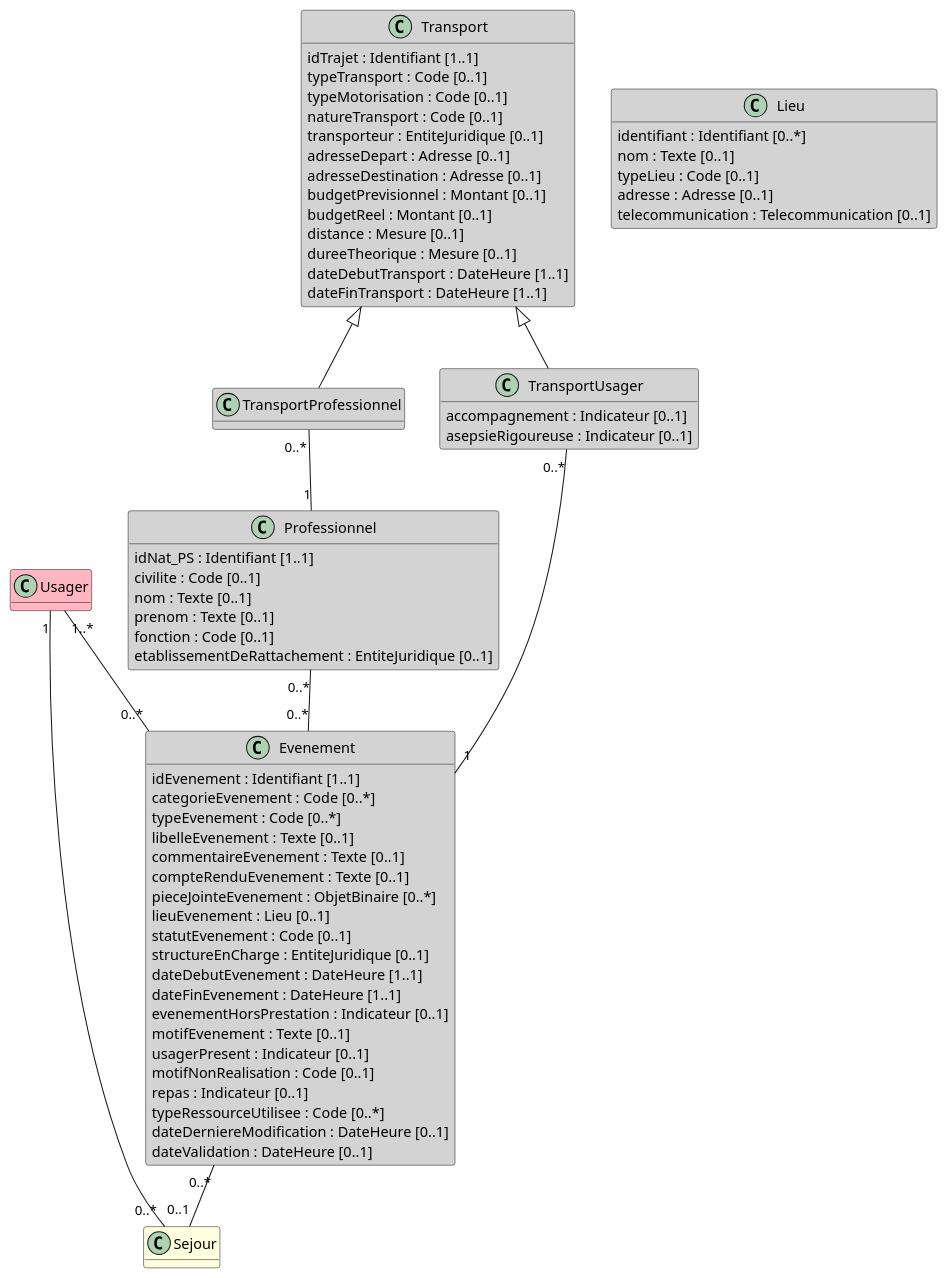
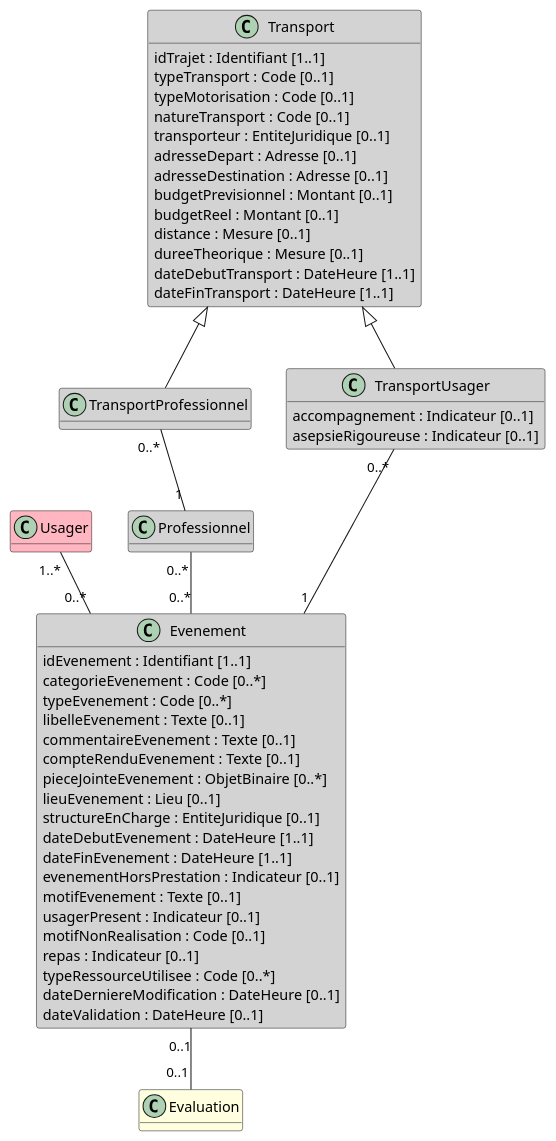
Before and after one commit to ansforge/IG-fhir-transfert-donnees-dui-esms: the diagram in input/images-source/bloc_evenement.plantuml, drawn with PlantUML. The commit also changed 4 other files, not shown here.

```diff
--- a/input/images-source/bloc_evenement.plantuml
+++ b/input/images-source/bloc_evenement.plantuml
@@ -1,83 +1,65 @@
 @startuml
 
 hide empty methods
 
 class Usager #LightPink
 
-class Sejour #LightYellow
-
 class TransportProfessionnel #LightGray
 
-class Professionnel #LightGray {
-    idNat_PS : Identifiant [1..1]
-    civilite : Code [0..1]
-    nom : Texte [0..1]
-    prenom : Texte [0..1]
-    fonction : Code [0..1]
-    etablissementDeRattachement : EntiteJuridique [0..1]
-}
+class Evaluation #LightYellow
+
+class Professionnel #LightGray 
 
 class Transport #LightGray {
     idTrajet : Identifiant [1..1]
     typeTransport : Code [0..1]
     typeMotorisation : Code [0..1]
     natureTransport : Code [0..1]
     transporteur : EntiteJuridique [0..1]
     adresseDepart : Adresse [0..1]
     adresseDestination : Adresse [0..1]
     budgetPrevisionnel : Montant [0..1]
     budgetReel : Montant [0..1]
     distance : Mesure [0..1]
     dureeTheorique : Mesure [0..1]
     dateDebutTransport : DateHeure [1..1]
     dateFinTransport : DateHeure [1..1]
 }
 
 class TransportUsager #LightGray {
     accompagnement : Indicateur [0..1]
     asepsieRigoureuse : Indicateur [0..1]
 }
 
 class Evenement #LightGray {
     idEvenement : Identifiant [1..1]
     categorieEvenement : Code [0..*]
     typeEvenement : Code [0..*]
     libelleEvenement : Texte [0..1]
     commentaireEvenement : Texte [0..1]
     compteRenduEvenement : Texte [0..1]
     pieceJointeEvenement : ObjetBinaire [0..*]
     lieuEvenement : Lieu [0..1]
-    statutEvenement : Code [0..1]
     structureEnCharge : EntiteJuridique [0..1]
     dateDebutEvenement : DateHeure [1..1]
     dateFinEvenement : DateHeure [1..1]
     evenementHorsPrestation : Indicateur [0..1]
     motifEvenement : Texte [0..1]
     usagerPresent : Indicateur [0..1]
     motifNonRealisation : Code [0..1]
     repas : Indicateur [0..1]
     typeRessourceUtilisee : Code [0..*]
     dateDerniereModification : DateHeure [0..1]
     dateValidation : DateHeure [0..1]
 }
 
-class Lieu #LightGray {
-    identifiant : Identifiant [0..*]
-    nom : Texte [0..1]
-    typeLieu : Code [0..1]
-    adresse : Adresse [0..1]
-    telecommunication : Telecommunication [0..1]
-}
-
-
 Usager "1..*" -- "0..*" Evenement
-Usager "1" -- "0..*" Sejour
-Evenement "0..*" -- "0..1" Sejour
 Professionnel "0..*" -- "0..*" Evenement
 Transport <|-- TransportProfessionnel
 Transport <|-- TransportUsager
 TransportUsager "0..*" -- "1" Evenement
 TransportProfessionnel "0..*" -- "1" Professionnel
+Evenement "0..1" -- "0..1" Evaluation
 
 
 @enduml
```
